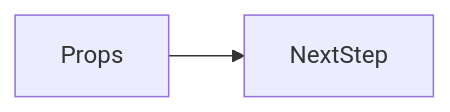
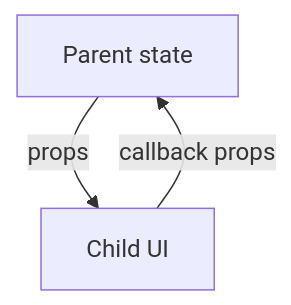
The second of 2 diagrams in docs/en/10-react/props/index.md (OmidJavaherii/Frontend-Engineering-Handbook), drawn with Mermaid before and after one commit. The commit also changed other lines of this file and 461 other files, not shown here.

````diff
--- a/docs/en/10-react/props/index.md
+++ b/docs/en/10-react/props/index.md
@@ -95,4 +117,5 @@
 ```mermaid
-flowchart LR
-  concept[Props] --> nextStep[NextStep]
+flowchart TD
+  P[Parent state] -->|props| C[Child UI]
+  C -->|callback props| P
 ```
````
